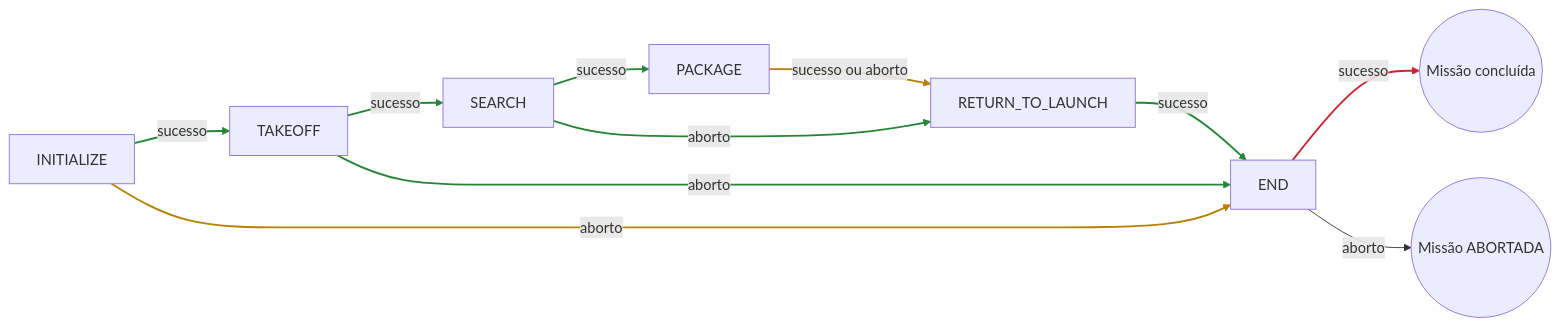
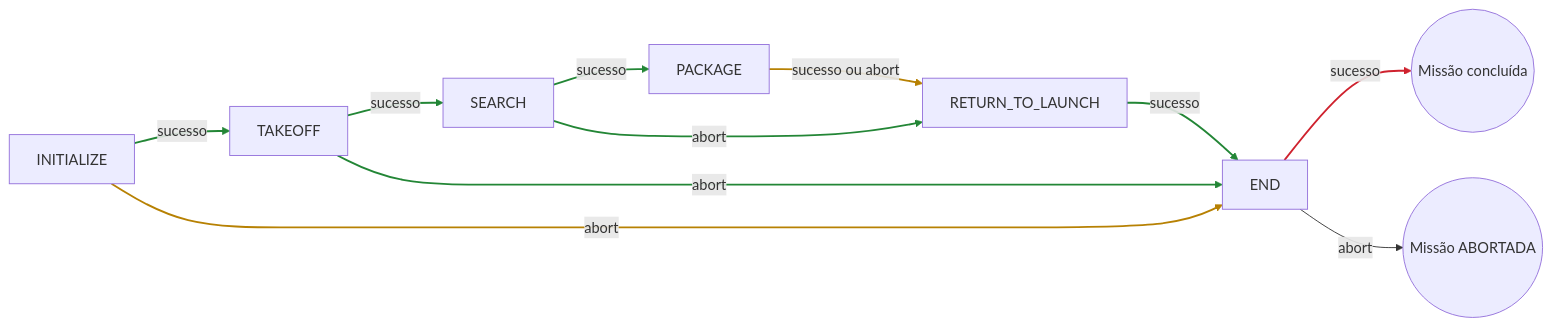
The second of 4 diagrams in manequim/README.md (Black-Bee-Drones/imav-2026), drawn with Mermaid before and after one commit. The commit also changed other lines of this file and 1 other file, not shown here.

````diff
--- a/manequim/README.md
+++ b/manequim/README.md
@@ -125,17 +121,17 @@
 ```mermaid
 flowchart LR
     A[INITIALIZE] -->|sucesso| B[TAKEOFF]
     B -->|sucesso| C[SEARCH]
     C -->|sucesso| D[PACKAGE]
-    C -->|aborto| E[RETURN_TO_LAUNCH]
-    D -->|sucesso ou aborto| E
+    C -->|abort| E[RETURN_TO_LAUNCH]
+    D -->|sucesso ou abort| E
     E -->|sucesso| F[END]
-    A -->|aborto| F
-    B -->|aborto| F
+    A -->|abort| F
+    B -->|abort| F
     F -->|sucesso| G((Missão concluída))
-    F -->|aborto| H((Missão ABORTADA))
+    F -->|abort| H((Missão ABORTADA))
 
     linkStyle 0,1,2,3,5,7 stroke:#238636,stroke-width:2px
     linkStyle 4,6 stroke:#b78103,stroke-width:2px
     linkStyle 8 stroke:#cf222e,stroke-width:2px
 ```
````
